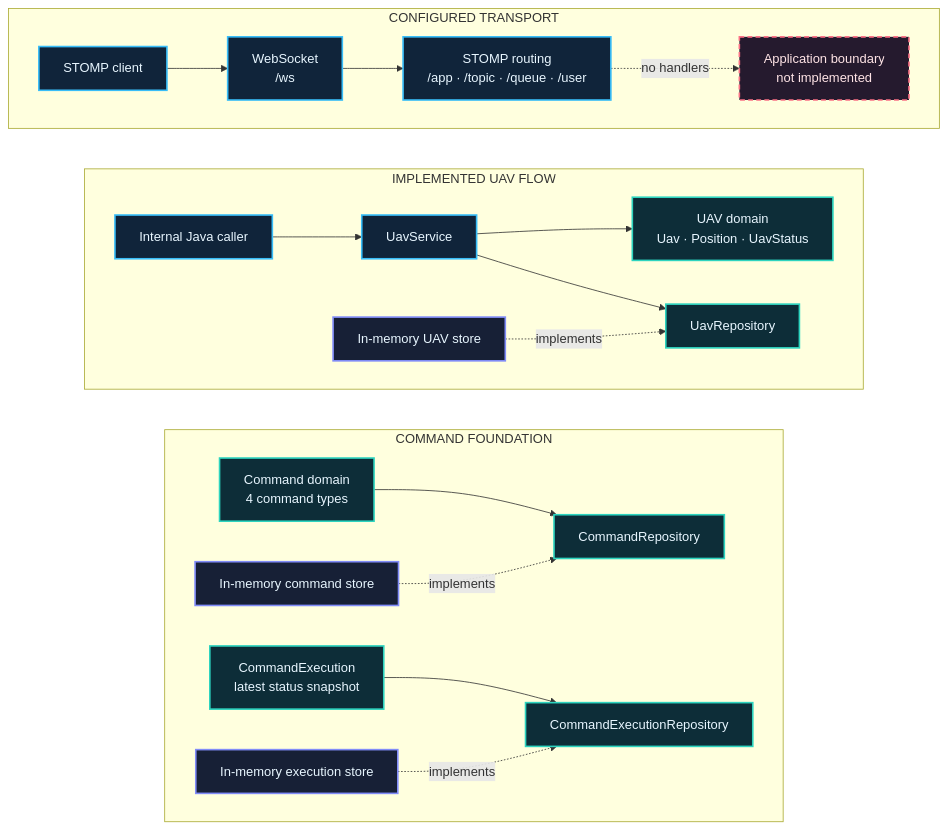
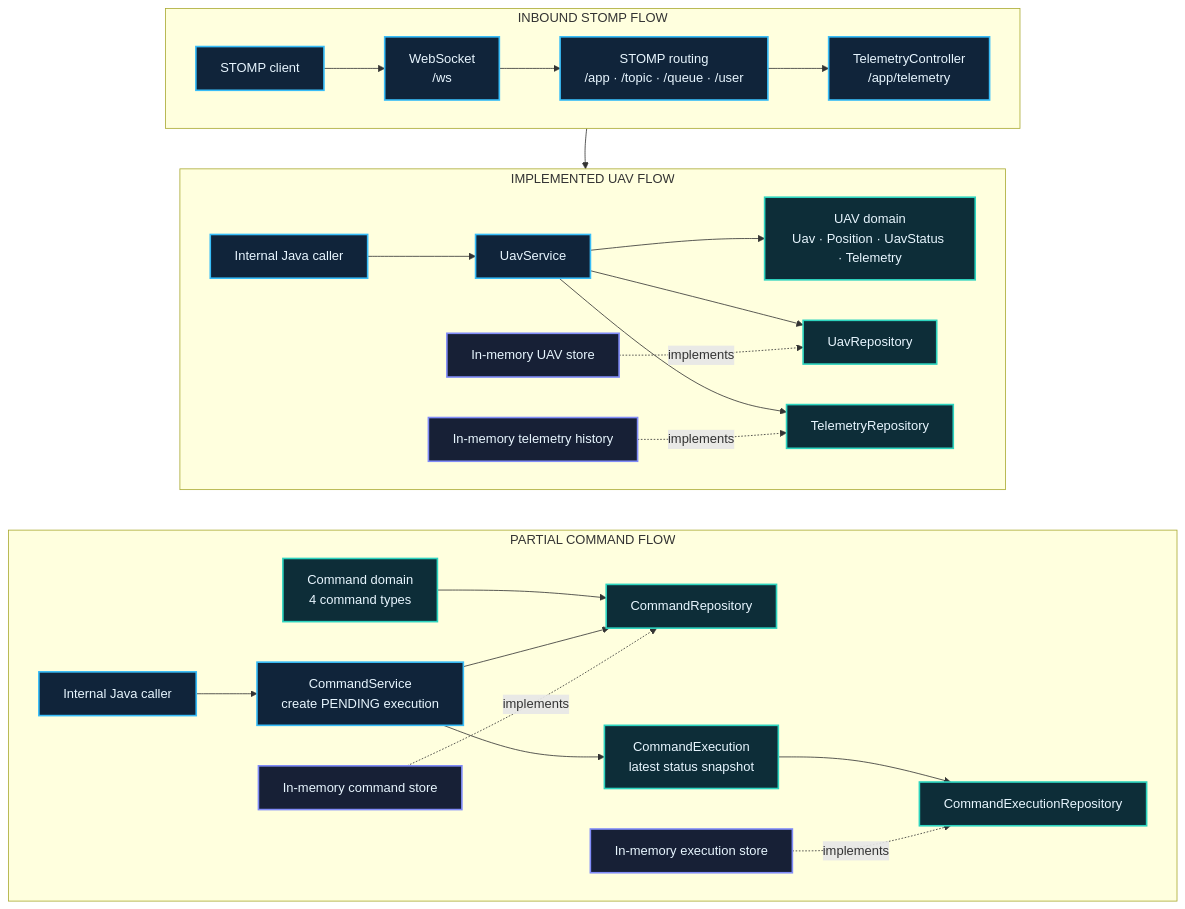
The diagram in docs/diagram-sources/system-architecture.mmd (FranciscoGoal/UAV-Mission-Control), drawn with Mermaid before and after one commit. The commit also changed 16 other files, not shown here.

Commit message:
Telemetry DTO and repository done. Controller in progress

```diff
--- a/docs/diagram-sources/system-architecture.mmd
+++ b/docs/diagram-sources/system-architecture.mmd
@@ -1,35 +1,39 @@
 flowchart TB
-    subgraph TransportLane["CONFIGURED TRANSPORT"]
+    subgraph TransportLane["INBOUND STOMP FLOW"]
         direction LR
         Client["STOMP client"] --> WS["WebSocket<br/>/ws"]
         WS --> Routing["STOMP routing<br/>/app · /topic · /queue · /user"]
-        Routing -. "no handlers" .-> Boundary["Application boundary<br/>not implemented"]
+        Routing --> Controller["TelemetryController<br/>/app/telemetry"]
     end
 
     subgraph UavLane["IMPLEMENTED UAV FLOW"]
         direction LR
         Caller["Internal Java caller"] --> Service["UavService"]
-        Service --> Uav["UAV domain<br/>Uav · Position · UavStatus"]
+        Controller --> Service
+        Service --> Uav["UAV domain<br/>Uav · Position · UavStatus · Telemetry"]
         Service --> UavPort["UavRepository"]
+        Service --> TelemetryPort["TelemetryRepository"]
         UavStore["In-memory UAV store"] -. "implements" .-> UavPort
+        TelemetryStore["In-memory telemetry history"] -. "implements" .-> TelemetryPort
     end
 
-    subgraph CommandLane["COMMAND FOUNDATION"]
+    subgraph CommandLane["PARTIAL COMMAND FLOW"]
         direction LR
         Commands["Command domain<br/>4 command types"] --> CommandPort["CommandRepository"]
-        Executions["CommandExecution<br/>latest status snapshot"] --> ExecutionPort["CommandExecutionRepository"]
+        CommandCaller["Internal Java caller"] --> CommandService["CommandService<br/>create PENDING execution"]
+        CommandService --> CommandPort
+        CommandService --> Executions["CommandExecution<br/>latest status snapshot"]
+        Executions --> ExecutionPort["CommandExecutionRepository"]
         CommandStore["In-memory command store"] -. "implements" .-> CommandPort
         ExecutionStore["In-memory execution store"] -. "implements" .-> ExecutionPort
     end
 
     TransportLane ~~~ UavLane
     UavLane ~~~ CommandLane
 
     classDef transport fill:#10243a,stroke:#38bdf8,stroke-width:2px,color:#e8f6ff;
     classDef domain fill:#0d2d38,stroke:#2dd4bf,stroke-width:2px,color:#e8f6ff;
     classDef storage fill:#172036,stroke:#818cf8,stroke-width:2px,color:#e8f6ff;
-    classDef gap fill:#251a2e,stroke:#fb7185,stroke-width:2px,stroke-dasharray:6 4,color:#ffe4e6;
-    class Client,WS,Routing,Caller,Service transport;
-    class Uav,Commands,Executions,UavPort,CommandPort,ExecutionPort domain;
-    class UavStore,CommandStore,ExecutionStore storage;
-    class Boundary gap;
+    class Client,WS,Routing,Controller,Caller,Service,CommandCaller,CommandService transport;
+    class Uav,Commands,Executions,UavPort,TelemetryPort,CommandPort,ExecutionPort domain;
+    class UavStore,TelemetryStore,CommandStore,ExecutionStore storage;
```
